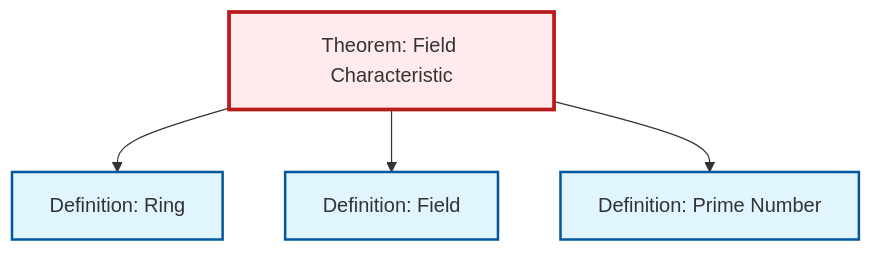
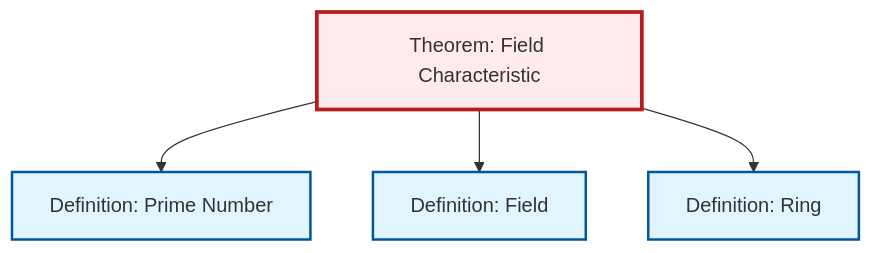
Before and after one commit to RK0429/ModernMath: the diagram in content/ja/algebra/thm-field-characteristic.qmd, drawn with Mermaid. The commit also changed other lines of this file and 615 other files, not shown here.

````diff
--- a/content/ja/algebra/thm-field-characteristic.qmd
+++ b/content/ja/algebra/thm-field-characteristic.qmd
@@ -54,20 +54,20 @@
 ```{mermaid}
 %%| fig-cap: "Local dependency graph"
 graph TD
     classDef definition fill:#e1f5fe,stroke:#01579b,stroke-width:2px
     classDef theorem fill:#f3e5f5,stroke:#4a148c,stroke-width:2px
     classDef axiom fill:#fff3e0,stroke:#e65100,stroke-width:2px
     classDef example fill:#e8f5e9,stroke:#1b5e20,stroke-width:2px
     classDef current fill:#ffebee,stroke:#b71c1c,stroke-width:3px
+    thm-field-characteristic["Theorem: Field Characteristic"]:::theorem
     def-ring["Definition: Ring"]:::definition
+    def-prime["Definition: Prime Number"]:::definition
     def-field["Definition: Field"]:::definition
-    def-prime["Definition: Prime Number"]:::definition
-    thm-field-characteristic["Theorem: Field Characteristic"]:::theorem
+    thm-field-characteristic --> def-prime
+    thm-field-characteristic --> def-field
     thm-field-characteristic --> def-ring
-    thm-field-characteristic --> def-field
-    thm-field-characteristic --> def-prime
     class thm-field-characteristic current
     click def-ring "def-ring.html" "Definition: Ringへ"
+    click def-prime "def-prime.html" "Definition: Prime Numberへ"
     click def-field "def-field.html" "Definition: Fieldへ"
-    click def-prime "def-prime.html" "Definition: Prime Numberへ"
 ```
````
